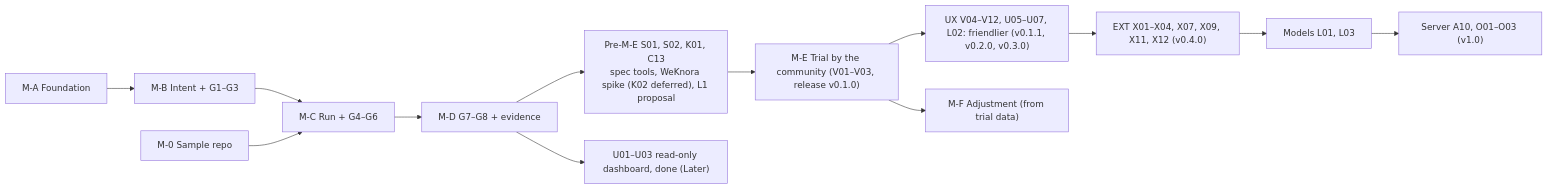
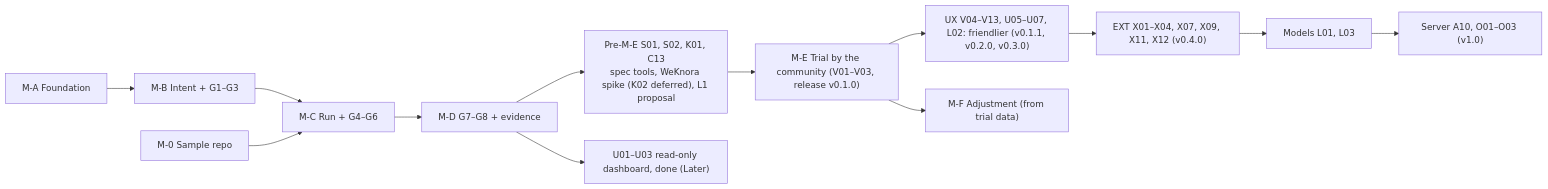
One commit to hoanghainh1188/agentic-sdlc-framework changed the diagram in design/D-08-mvp-backlog.md. Above: the diagram before and after it, drawn with Mermaid. The commit also changed other lines of this file and 5 other files, not shown here.

````diff
--- a/design/D-08-mvp-backlog.md
+++ b/design/D-08-mvp-backlog.md
@@ -56,15 +56,15 @@
 ```mermaid
 flowchart LR
     MA["M-A Foundation"] --> MB["M-B Intent + G1–G3"]
     MB --> MC["M-C Run + G4–G6"]
     M0["M-0 Sample repo"] --> MC
     MC --> MD["M-D G7–G8 + evidence"]
     MD --> MP["Pre-M-E S01, S02, K01, C13<br/>spec tools, WeKnora spike (K02 deferred), L1 proposal"]
     MP --> ME["M-E Trial by the community (V01–V03, release v0.1.0)"]
-    ME --> UX["UX V04–V12, U05–U07, L02: friendlier (v0.1.1, v0.2.0, v0.3.0)"]
+    ME --> UX["UX V04–V13, U05–U07, L02: friendlier (v0.1.1, v0.2.0, v0.3.0)"]
     UX --> EXT["EXT X01–X04, X07, X09, X11, X12 (v0.4.0)"]
     EXT --> MO["Models L01, L03"]
     MO --> SV["Server A10, O01–O03 (v1.0)"]
     ME --> MF["M-F Adjustment (from trial data)"]
     MD --> MU["U01–U03 read-only dashboard, done (Later)"]
 ```
````
